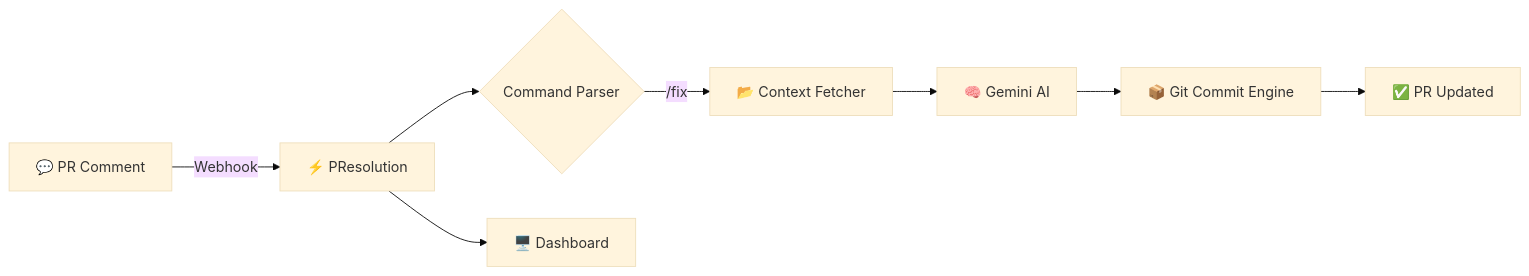
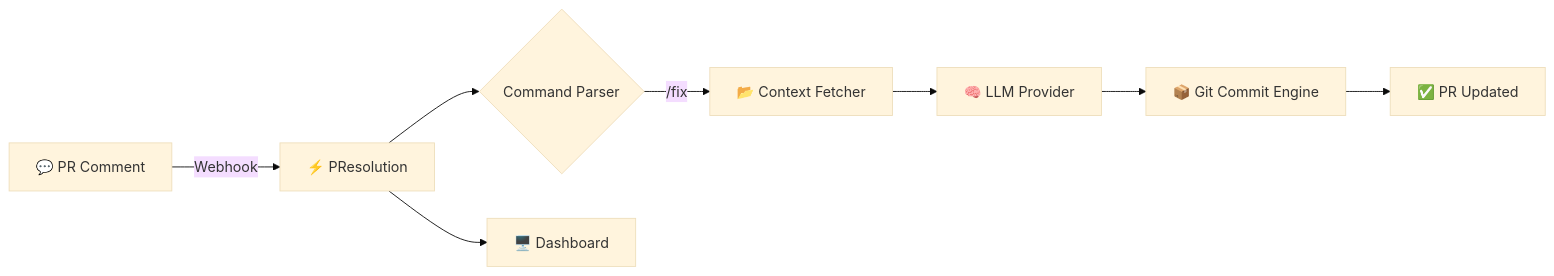
One commit to Anandb71/Pres changed the diagram in README.md. Above: the diagram before and after it, drawn with Mermaid (base theme). The commit also changed other lines of this file and 2 other files, not shown here.

Commit message:
feat: add pluggable LLM providers beyond Gemini

````diff
--- a/README.md
+++ b/README.md
@@ -45,10 +45,10 @@
 ```mermaid
 flowchart LR
     A["💬 PR Comment"] -->|Webhook| B["⚡ PResolution"]
     B --> C{"Command Parser"}
     C -->|"/fix"| D["📂 Context Fetcher"]
-    D --> E["🧠 Gemini AI"]
+    D --> E["🧠 LLM Provider"]
     E --> F["📦 Git Commit Engine"]
     F --> G["✅ PR Updated"]
     B --> H["🖥️ Dashboard"]
 ```
````
